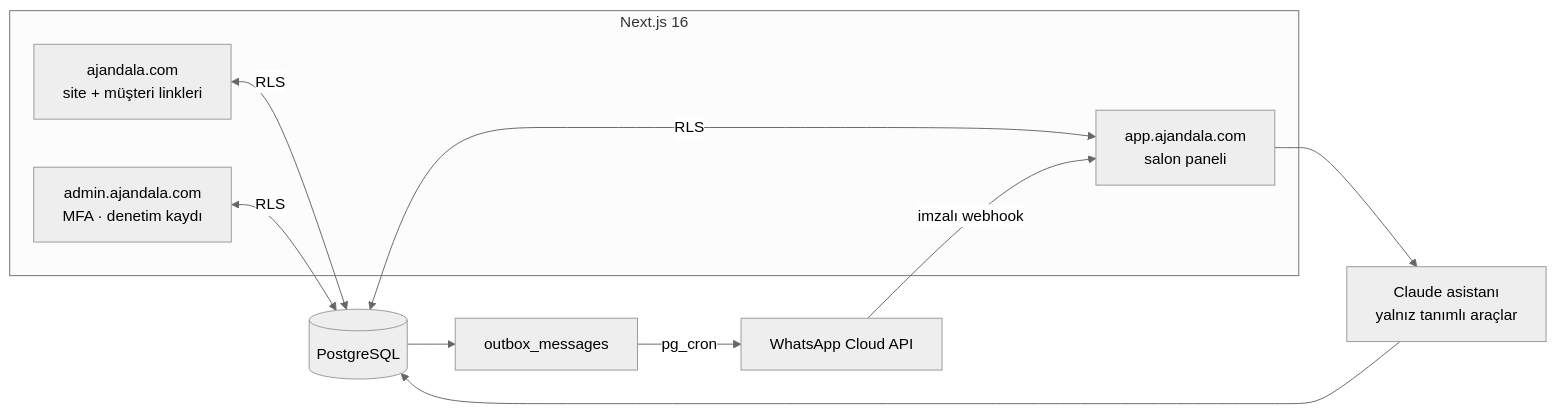
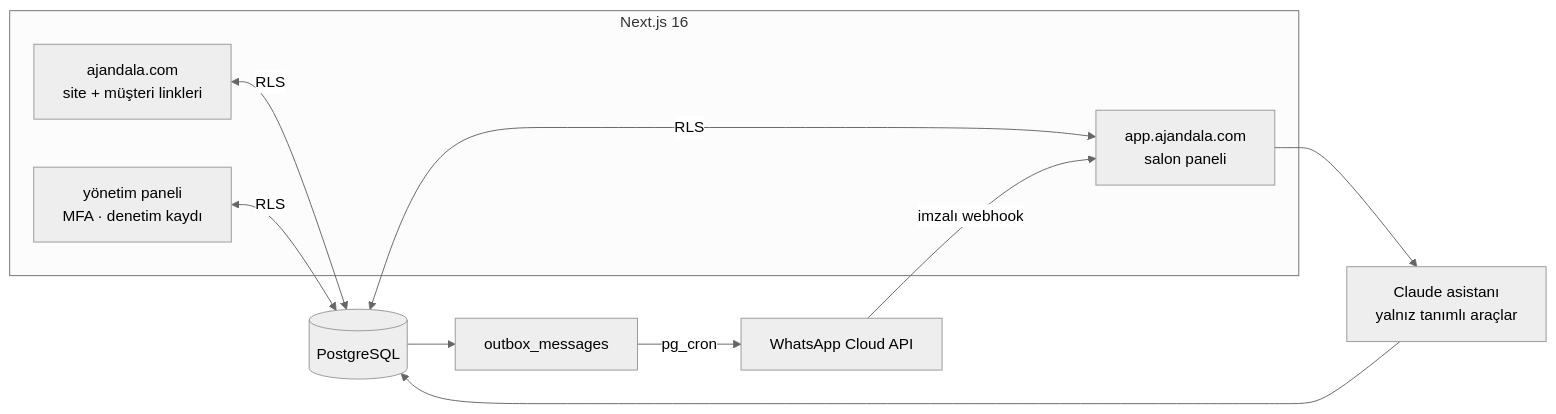
Before and after one commit to LightWonkas/ajandala-showcase: the diagram in README.md, drawn with Mermaid (neutral theme). The commit also changed other lines of this file and 1 other file, not shown here.

````diff
--- a/README.md
+++ b/README.md
@@ -62,14 +62,14 @@
 ```mermaid
 flowchart LR
   subgraph N["Next.js 16"]
     S[ajandala.com<br/>site + müşteri linkleri]
     P[app.ajandala.com<br/>salon paneli]
-    A[admin.ajandala.com<br/>MFA · denetim kaydı]
+    A[yönetim paneli<br/>MFA · denetim kaydı]
   end
   WA[WhatsApp Cloud API] -->|imzalı webhook| P
   P --> AI[Claude asistanı<br/>yalnız tanımlı araçlar]
   S & P & A <-->|RLS| DB[(PostgreSQL)]
   AI --> DB
   DB --> O[outbox_messages]
   O -->|pg_cron| WA
 ```
````
